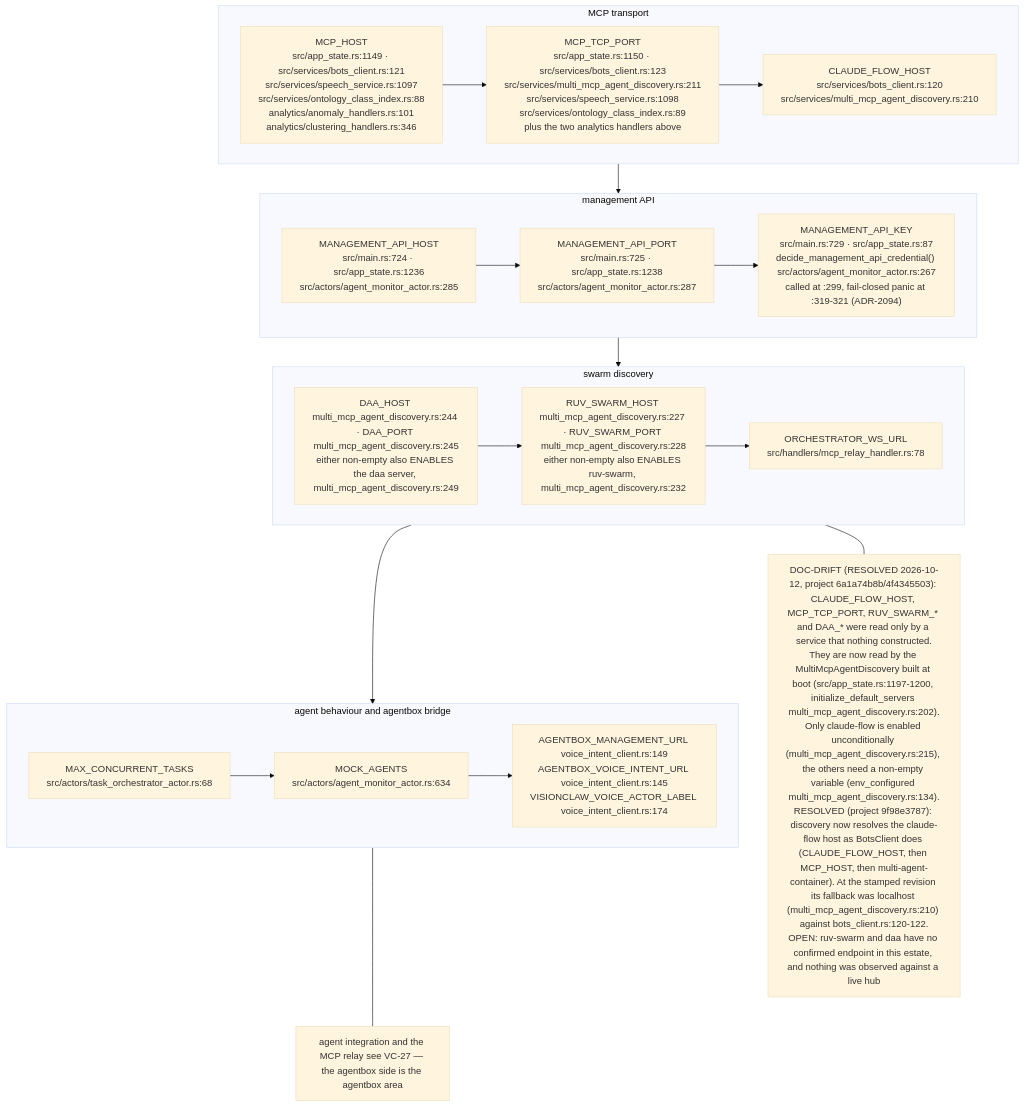
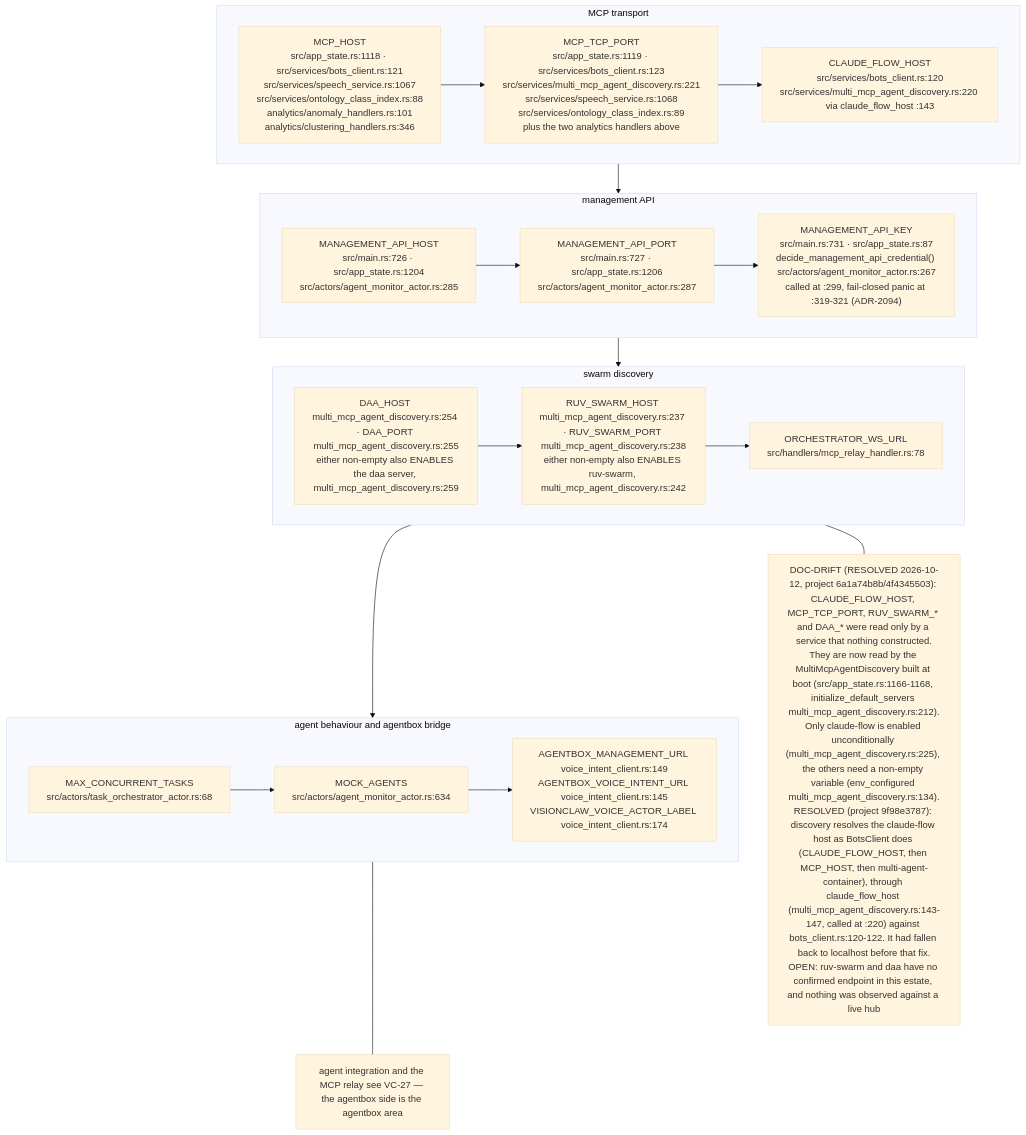
One commit to DreamLab-AI/VisionFlow changed diagram 12 of 16 in docs/diagrams/visionclaw/09-config-and-env-flags.md. Above: the diagram before and after it, drawn with Mermaid (base theme). The commit also changed other lines of this file and 160 other files, not shown here.

````diff
--- a/docs/diagrams/visionclaw/09-config-and-env-flags.md
+++ b/docs/diagrams/visionclaw/09-config-and-env-flags.md
@@ -473,20 +477,20 @@
 ```mermaid
 flowchart TB
     subgraph MCP["MCP transport"]
-        M1["MCP_HOST<br/>src/app_state.rs:1149 · src/services/bots_client.rs:121<br/>src/services/speech_service.rs:1097<br/>src/services/ontology_class_index.rs:88<br/>analytics/anomaly_handlers.rs:101<br/>analytics/clustering_handlers.rs:346"] --> M2["MCP_TCP_PORT<br/>src/app_state.rs:1150 · src/services/bots_client.rs:123<br/>src/services/multi_mcp_agent_discovery.rs:211<br/>src/services/speech_service.rs:1098<br/>src/services/ontology_class_index.rs:89<br/>plus the two analytics handlers above"] --> M3["CLAUDE_FLOW_HOST<br/>src/services/bots_client.rs:120<br/>src/services/multi_mcp_agent_discovery.rs:210"]
+        M1["MCP_HOST<br/>src/app_state.rs:1118 · src/services/bots_client.rs:121<br/>src/services/speech_service.rs:1067<br/>src/services/ontology_class_index.rs:88<br/>analytics/anomaly_handlers.rs:101<br/>analytics/clustering_handlers.rs:346"] --> M2["MCP_TCP_PORT<br/>src/app_state.rs:1119 · src/services/bots_client.rs:123<br/>src/services/multi_mcp_agent_discovery.rs:221<br/>src/services/speech_service.rs:1068<br/>src/services/ontology_class_index.rs:89<br/>plus the two analytics handlers above"] --> M3["CLAUDE_FLOW_HOST<br/>src/services/bots_client.rs:120<br/>src/services/multi_mcp_agent_discovery.rs:220 via claude_flow_host :143"]
     end
     subgraph MGMT["management API"]
-        G1["MANAGEMENT_API_HOST<br/>src/main.rs:724 · src/app_state.rs:1236<br/>src/actors/agent_monitor_actor.rs:285"] --> G2["MANAGEMENT_API_PORT<br/>src/main.rs:725 · src/app_state.rs:1238<br/>src/actors/agent_monitor_actor.rs:287"] --> G3["MANAGEMENT_API_KEY<br/>src/main.rs:729 · src/app_state.rs:87<br/>decide_management_api_credential() src/actors/agent_monitor_actor.rs:267<br/>called at :299, fail-closed panic at :319-321 (ADR-2094)"]
+        G1["MANAGEMENT_API_HOST<br/>src/main.rs:726 · src/app_state.rs:1204<br/>src/actors/agent_monitor_actor.rs:285"] --> G2["MANAGEMENT_API_PORT<br/>src/main.rs:727 · src/app_state.rs:1206<br/>src/actors/agent_monitor_actor.rs:287"] --> G3["MANAGEMENT_API_KEY<br/>src/main.rs:731 · src/app_state.rs:87<br/>decide_management_api_credential() src/actors/agent_monitor_actor.rs:267<br/>called at :299, fail-closed panic at :319-321 (ADR-2094)"]
     end
     subgraph DISC["swarm discovery"]
-        D1["DAA_HOST multi_mcp_agent_discovery.rs:244 · DAA_PORT multi_mcp_agent_discovery.rs:245<br/>either non-empty also ENABLES the daa server, multi_mcp_agent_discovery.rs:249"] --> D2["RUV_SWARM_HOST multi_mcp_agent_discovery.rs:227 · RUV_SWARM_PORT multi_mcp_agent_discovery.rs:228<br/>either non-empty also ENABLES ruv-swarm, multi_mcp_agent_discovery.rs:232"] --> D3["ORCHESTRATOR_WS_URL<br/>src/handlers/mcp_relay_handler.rs:78"]
+        D1["DAA_HOST multi_mcp_agent_discovery.rs:254 · DAA_PORT multi_mcp_agent_discovery.rs:255<br/>either non-empty also ENABLES the daa server, multi_mcp_agent_discovery.rs:259"] --> D2["RUV_SWARM_HOST multi_mcp_agent_discovery.rs:237 · RUV_SWARM_PORT multi_mcp_agent_discovery.rs:238<br/>either non-empty also ENABLES ruv-swarm, multi_mcp_agent_discovery.rs:242"] --> D3["ORCHESTRATOR_WS_URL<br/>src/handlers/mcp_relay_handler.rs:78"]
     end
     subgraph AGENTS["agent behaviour and agentbox bridge"]
         A1["MAX_CONCURRENT_TASKS<br/>src/actors/task_orchestrator_actor.rs:68"] --> A2["MOCK_AGENTS<br/>src/actors/agent_monitor_actor.rs:634"] --> A3["AGENTBOX_MANAGEMENT_URL voice_intent_client.rs:149<br/>AGENTBOX_VOICE_INTENT_URL voice_intent_client.rs:145<br/>VISIONCLAW_VOICE_ACTOR_LABEL voice_intent_client.rs:174"]
     end
     MCP --> MGMT --> DISC --> AGENTS
-    NR["DOC-DRIFT (RESOLVED 2026-10-12, project 6a1a74b8b/4f4345503): CLAUDE_FLOW_HOST, MCP_TCP_PORT, RUV_SWARM_* and DAA_* were read only by a service that nothing constructed.<br/>They are now read by the MultiMcpAgentDiscovery built at boot (src/app_state.rs:1197-1200, initialize_default_servers multi_mcp_agent_discovery.rs:202).<br/>Only claude-flow is enabled unconditionally (multi_mcp_agent_discovery.rs:215), the others need a non-empty variable (env_configured multi_mcp_agent_discovery.rs:134).<br/>RESOLVED (project 9f98e3787): discovery now resolves the claude-flow host as BotsClient does (CLAUDE_FLOW_HOST, then MCP_HOST, then multi-agent-container). At the stamped revision its fallback was localhost (multi_mcp_agent_discovery.rs:210) against bots_client.rs:120-122.<br/>OPEN: ruv-swarm and daa have no confirmed endpoint in this estate, and nothing was observed against a live hub"]
+    NR["DOC-DRIFT (RESOLVED 2026-10-12, project 6a1a74b8b/4f4345503): CLAUDE_FLOW_HOST, MCP_TCP_PORT, RUV_SWARM_* and DAA_* were read only by a service that nothing constructed.<br/>They are now read by the MultiMcpAgentDiscovery built at boot (src/app_state.rs:1166-1168, initialize_default_servers multi_mcp_agent_discovery.rs:212).<br/>Only claude-flow is enabled unconditionally (multi_mcp_agent_discovery.rs:225), the others need a non-empty variable (env_configured multi_mcp_agent_discovery.rs:134).<br/>RESOLVED (project 9f98e3787): discovery resolves the claude-flow host as BotsClient does (CLAUDE_FLOW_HOST, then MCP_HOST, then multi-agent-container), through claude_flow_host (multi_mcp_agent_discovery.rs:143-147, called at :220) against bots_client.rs:120-122. It had fallen back to localhost before that fix.<br/>OPEN: ruv-swarm and daa have no confirmed endpoint in this estate, and nothing was observed against a live hub"]
     DISC --- NR
     N["agent integration and the MCP relay see VC-27 — the agentbox side is the agentbox area"]
     AGENTS --- N
 ```
````
